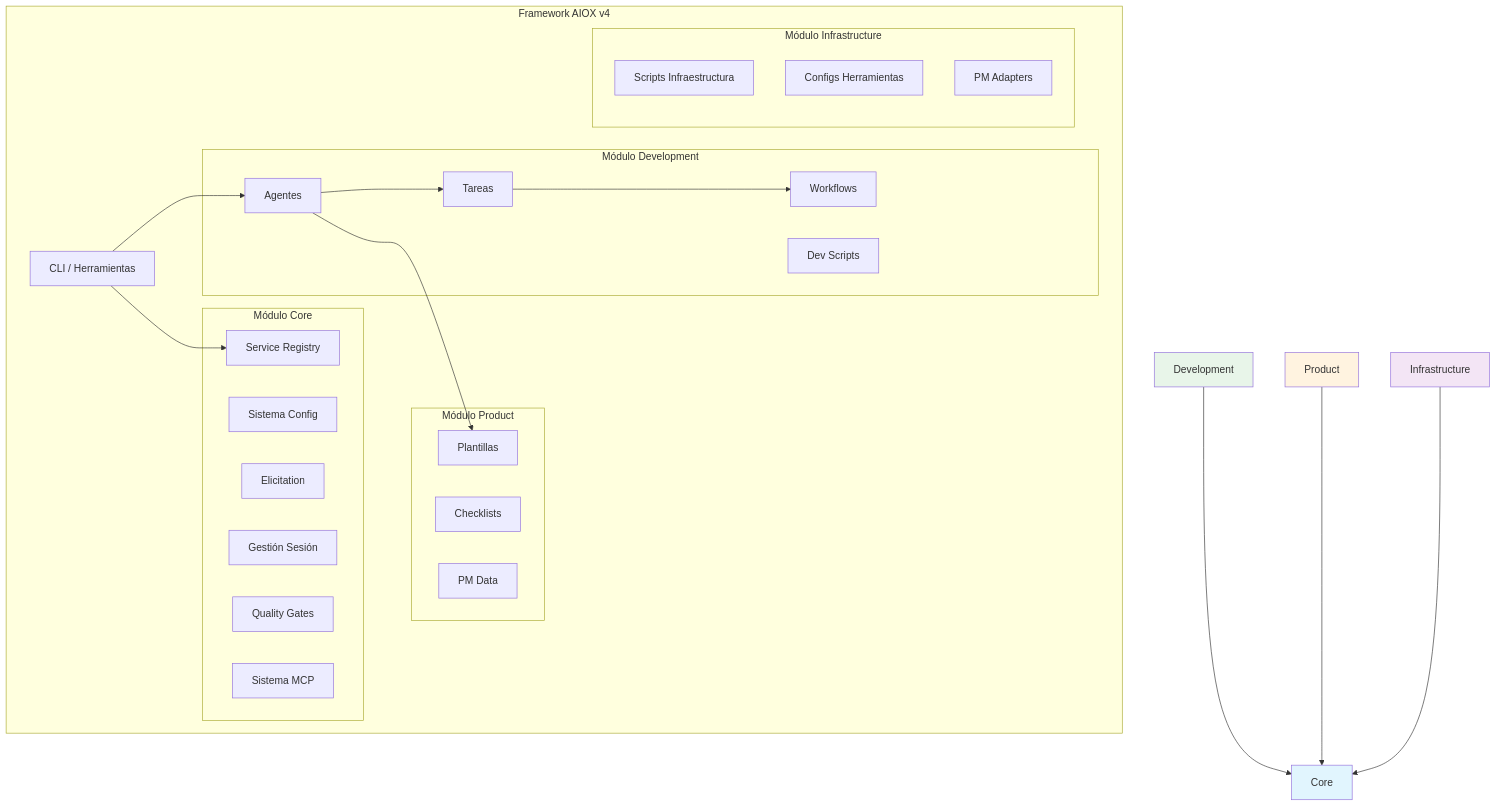
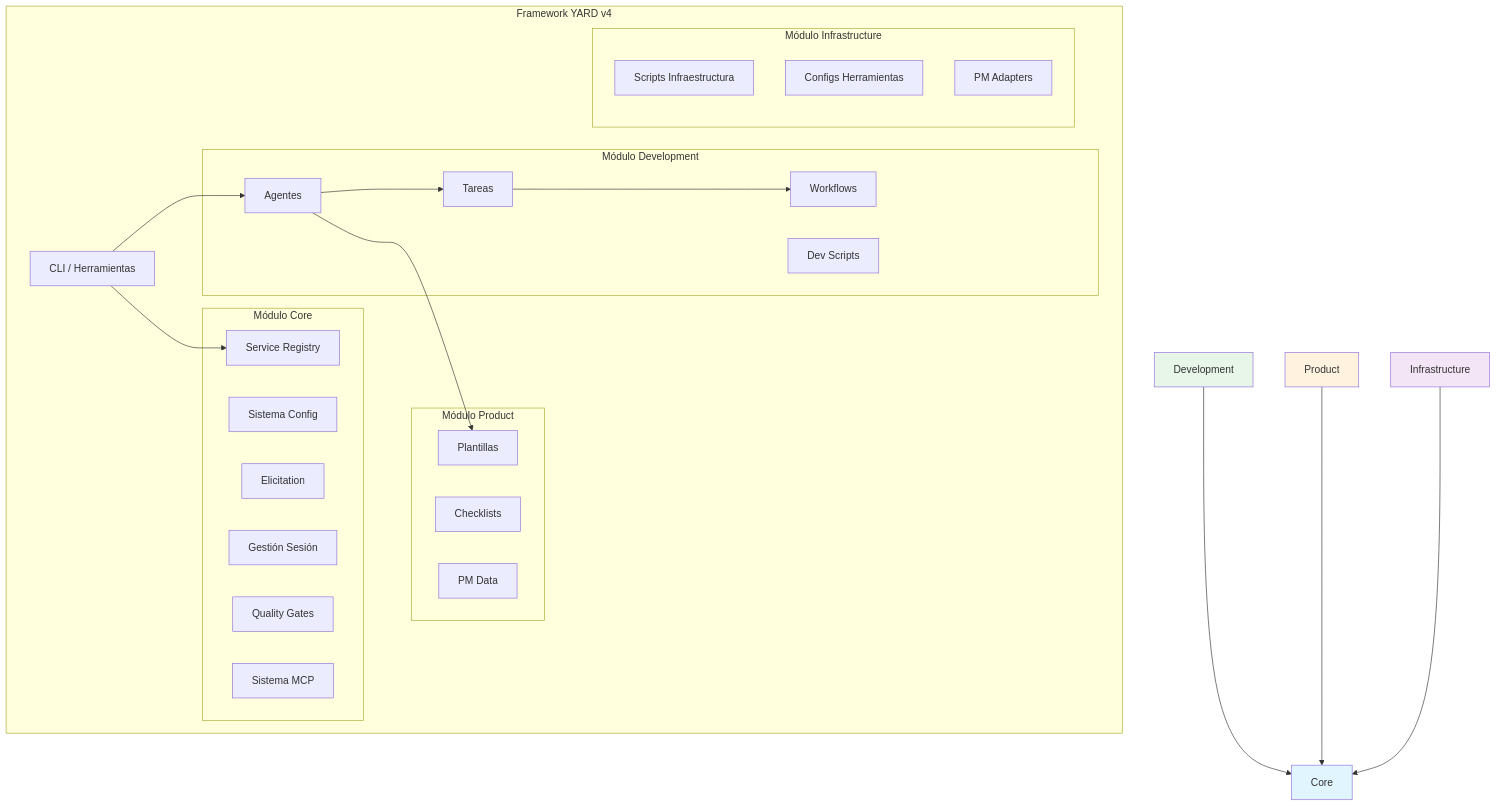
Before and after one commit to ernesto-langa/yard-core: the first of 2 diagrams in docs/es/architecture/module-system.md, drawn with Mermaid. The commit also changed other lines of this file and 529 other files, not shown here.

````diff
--- a/docs/es/architecture/module-system.md
+++ b/docs/es/architecture/module-system.md
@@ -54,48 +54,48 @@
 ```mermaid
 graph TB
-    subgraph "Framework AIOX v4"
+    subgraph "Framework YARD v4"
         CLI[CLI / Herramientas]
 
         subgraph "Módulo Product"
             Templates[Plantillas]
             Checklists[Checklists]
             Data[PM Data]
         end
 
         subgraph "Módulo Development"
             Agents[Agentes]
             Tasks[Tareas]
             Workflows[Workflows]
             Scripts[Dev Scripts]
         end
 
         subgraph "Módulo Core"
             Registry[Service Registry]
             Config[Sistema Config]
             Elicit[Elicitation]
             Session[Gestión Sesión]
             QG[Quality Gates]
             MCP[Sistema MCP]
         end
 
         subgraph "Módulo Infrastructure"
             InfraScripts[Scripts Infraestructura]
             Tools[Configs Herramientas]
             PM[PM Adapters]
         end
     end
 
     CLI --> Agents
     CLI --> Registry
     Agents --> Tasks
     Agents --> Templates
     Tasks --> Workflows
     Development --> Core
     Product --> Core
     Infrastructure --> Core
 
     style Core fill:#e1f5fe
     style Development fill:#e8f5e9
     style Product fill:#fff3e0
     style Infrastructure fill:#f3e5f5
 ```
````
